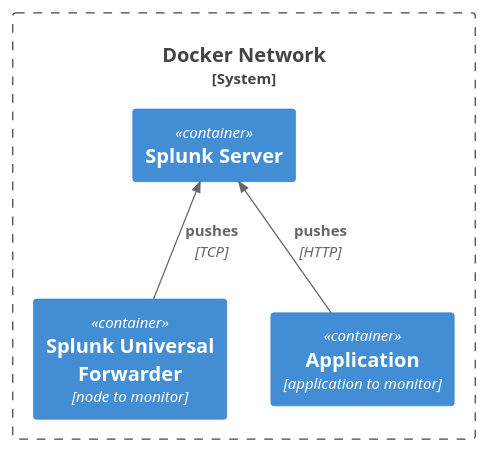
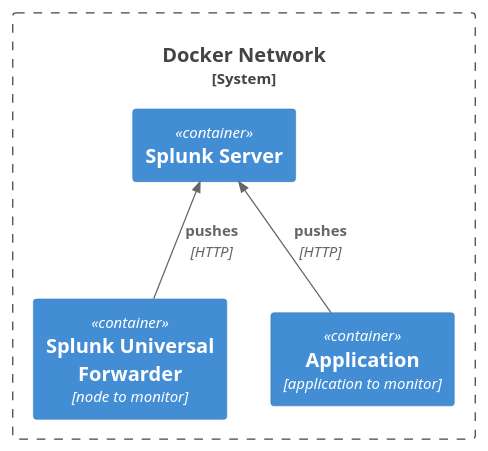
Before and after one commit to sorrowcode/digital-forensik: the diagram in docker-architecture.puml, drawn with PlantUML. The commit also changed 41 other files, not shown here.

```diff
--- a/docker-architecture.puml
+++ b/docker-architecture.puml
@@ -1,14 +1,14 @@
 @startuml docker-architecture
 
 !include https://raw.githubusercontent.com/plantuml-stdlib/C4-PlantUML/master/C4_Container.puml
 
 System_Boundary(network, "Docker Network") {
 	Container(splunk, "Splunk Server")
 	Container(uf, "Splunk Universal Forwarder", "node to monitor")
 	Container(app, "Application", "application to monitor")
 }
 
-Rel_U(uf, splunk, "pushes", "TCP")
+Rel_U(uf, splunk, "pushes", "HTTP")
 Rel_U(app, splunk, "pushes", "HTTP")
 
 @enduml
```
